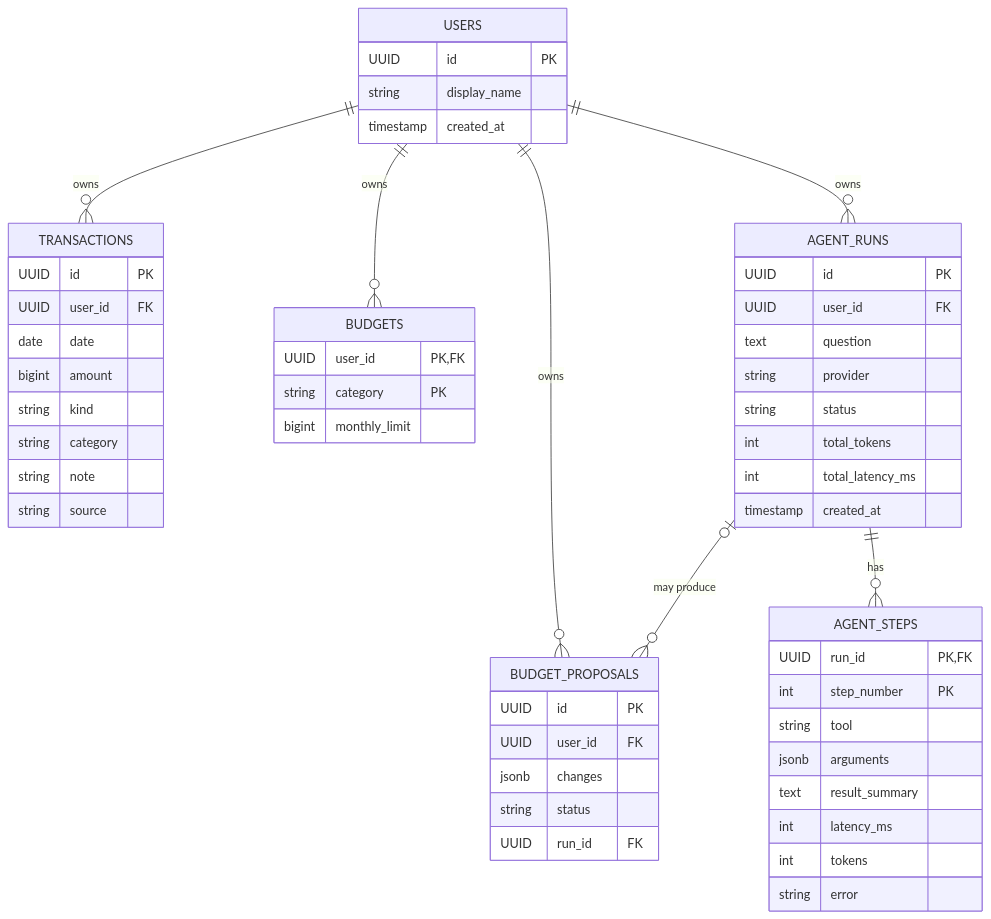
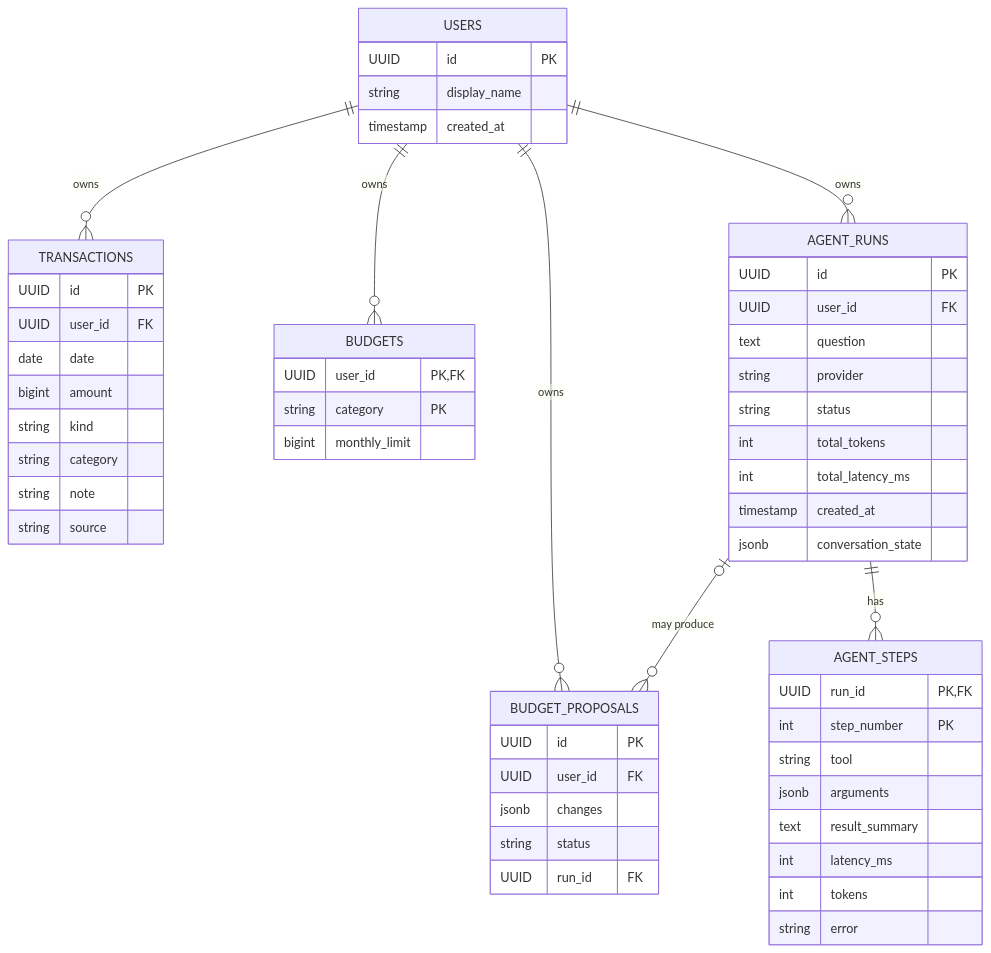
The diagram in README.md (ialihaider75/spending-coach), drawn with Mermaid before and after one commit. The commit also changed other lines of this file, not shown here.

````diff
--- a/README.md
+++ b/README.md
@@ -15,57 +34,58 @@
 ```mermaid
 erDiagram
     USERS ||--o{ TRANSACTIONS : "owns"
     USERS ||--o{ BUDGETS : "owns"
     USERS ||--o{ BUDGET_PROPOSALS : "owns"
     USERS ||--o{ AGENT_RUNS : "owns"
     AGENT_RUNS ||--o{ AGENT_STEPS : "has"
     AGENT_RUNS |o--o{ BUDGET_PROPOSALS : "may produce"
 
     USERS {
         UUID id PK
         string display_name
         timestamp created_at
     }
     TRANSACTIONS {
         UUID id PK
         UUID user_id FK
         date date
         bigint amount
         string kind
         string category
         string note
         string source
     }
     BUDGETS {
         UUID user_id PK, FK
         string category PK
         bigint monthly_limit
     }
     BUDGET_PROPOSALS {
         UUID id PK
         UUID user_id FK
         jsonb changes
         string status
         UUID run_id FK
     }
     AGENT_RUNS {
         UUID id PK
         UUID user_id FK
         text question
         string provider
         string status
         int total_tokens
         int total_latency_ms
         timestamp created_at
+        jsonb conversation_state
     }
     AGENT_STEPS {
         UUID run_id PK, FK
         int step_number PK
         string tool
         jsonb arguments
         text result_summary
         int latency_ms
         int tokens
         string error
     }
 ```
````
